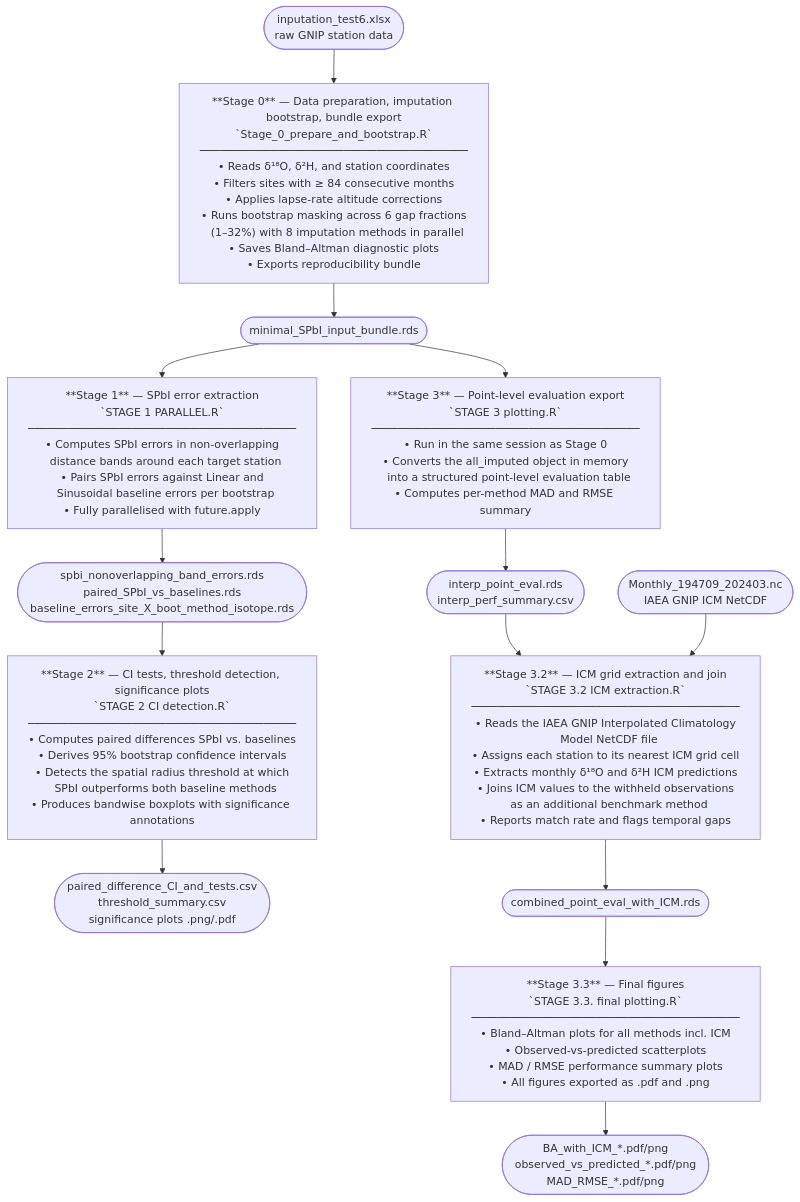
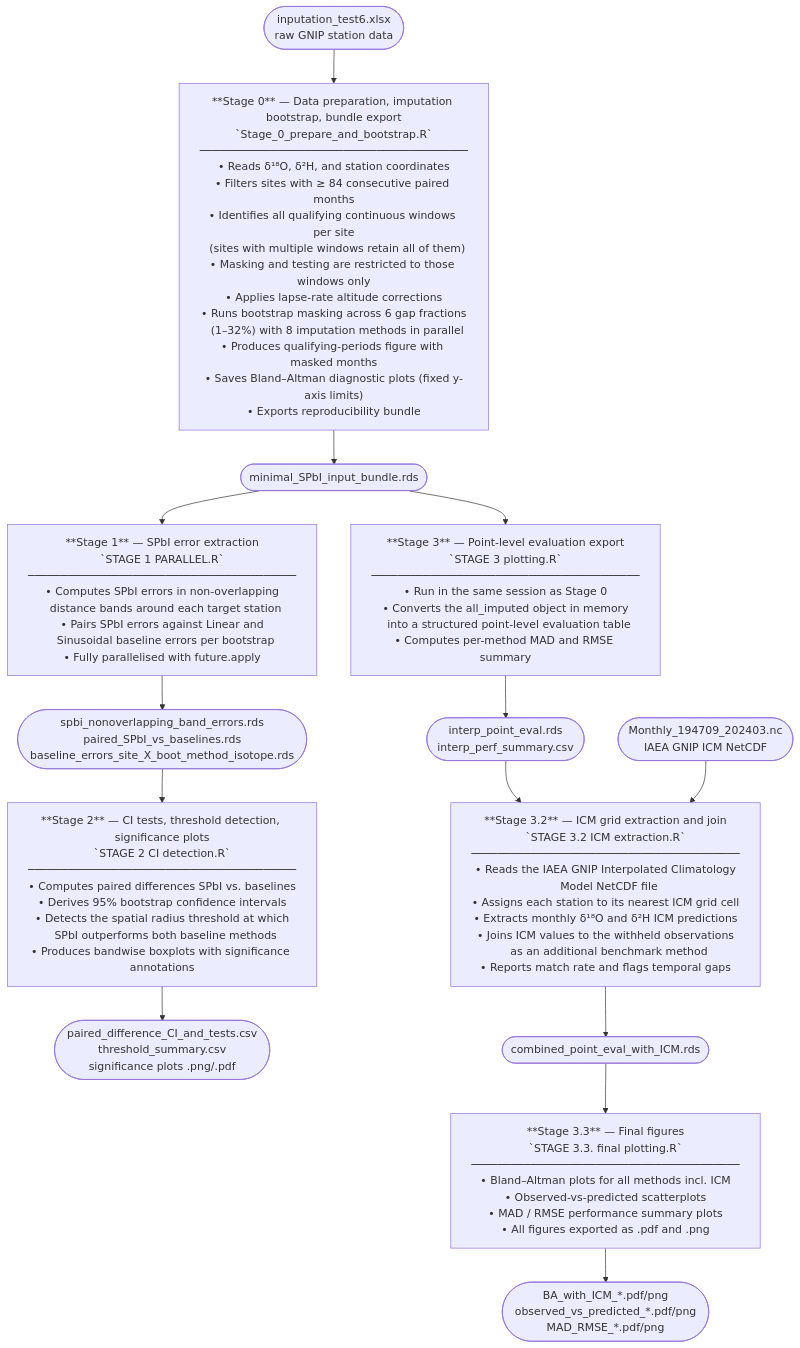
The diagram in README.md (istvan60/SPbI), drawn with Mermaid before and after one commit. The commit also changed other lines of this file and 6 other files, not shown here.

````diff
--- a/README.md
+++ b/README.md
@@ -13,28 +13,28 @@
 ```mermaid
 flowchart TD
     A([inputation_test6.xlsx\nraw GNIP station data]) --> S0
 
-    S0["**Stage 0** — Data preparation, imputation bootstrap, bundle export\n`Stage_0_prepare_and_bootstrap.R`\n─────────────────────────────────────────\n• Reads δ¹⁸O, δ²H, and station coordinates\n• Filters sites with ≥ 84 consecutive months\n• Applies lapse-rate altitude corrections\n• Runs bootstrap masking across 6 gap fractions\n  (1–32%) with 8 imputation methods in parallel\n• Saves Bland–Altman diagnostic plots\n• Exports reproducibility bundle"]
+    S0["**Stage 0** — Data preparation, imputation bootstrap, bundle export\n`Stage_0_prepare_and_bootstrap.R`\n─────────────────────────────────────────\n• Reads δ¹⁸O, δ²H, and station coordinates\n• Filters sites with ≥ 84 consecutive paired months\n• Identifies all qualifying continuous windows per site\n  (sites with multiple windows retain all of them)\n• Masking and testing are restricted to those windows only\n• Applies lapse-rate altitude corrections\n• Runs bootstrap masking across 6 gap fractions\n  (1–32%) with 8 imputation methods in parallel\n• Produces qualifying-periods figure with masked months\n• Saves Bland–Altman diagnostic plots (fixed y-axis limits)\n• Exports reproducibility bundle"]
     S0 --> B([minimal_SPbI_input_bundle.rds])
 
     B --> S1
     S1["**Stage 1** — SPbI error extraction\n`STAGE 1 PARALLEL.R`\n─────────────────────────────────────────\n• Computes SPbI errors in non-overlapping\n  distance bands around each target station\n• Pairs SPbI errors against Linear and\n  Sinusoidal baseline errors per bootstrap\n• Fully parallelised with future.apply"]
     S1 --> C([spbi_nonoverlapping_band_errors.rds\npaired_SPbI_vs_baselines.rds\nbaseline_errors_site_X_boot_method_isotope.rds])
 
     C --> S2
     S2["**Stage 2** — CI tests, threshold detection, significance plots\n`STAGE 2 CI detection.R`\n─────────────────────────────────────────\n• Computes paired differences SPbI vs. baselines\n• Derives 95% bootstrap confidence intervals\n• Detects the spatial radius threshold at which\n  SPbI outperforms both baseline methods\n• Produces bandwise boxplots with significance annotations"]
     S2 --> D([paired_difference_CI_and_tests.csv\nthreshold_summary.csv\nsignificance plots .png/.pdf])
 
     B --> S3
     S3["**Stage 3** — Point-level evaluation export\n`STAGE 3 plotting.R`\n─────────────────────────────────────────\n• Run in the same session as Stage 0\n• Converts the all_imputed object in memory\n  into a structured point-level evaluation table\n• Computes per-method MAD and RMSE summary"]
     S3 --> E([interp_point_eval.rds\ninterp_perf_summary.csv])
 
     E --> S32
     F([Monthly_194709_202403.nc\nIAEA GNIP ICM NetCDF]) --> S32
     S32["**Stage 3.2** — ICM grid extraction and join\n`STAGE 3.2 ICM extraction.R`\n─────────────────────────────────────────\n• Reads the IAEA GNIP Interpolated Climatology\n  Model NetCDF file\n• Assigns each station to its nearest ICM grid cell\n• Extracts monthly δ¹⁸O and δ²H ICM predictions\n• Joins ICM values to the withheld observations\n  as an additional benchmark method\n• Reports match rate and flags temporal gaps"]
     S32 --> G([combined_point_eval_with_ICM.rds])
 
     G --> S33
     S33["**Stage 3.3** — Final figures\n`STAGE 3.3. final plotting.R`\n─────────────────────────────────────────\n• Bland–Altman plots for all methods incl. ICM\n• Observed-vs-predicted scatterplots\n• MAD / RMSE performance summary plots\n• All figures exported as .pdf and .png"]
     S33 --> H([BA_with_ICM_*.pdf/png\nobserved_vs_predicted_*.pdf/png\nMAD_RMSE_*.pdf/png])
 ```
````
